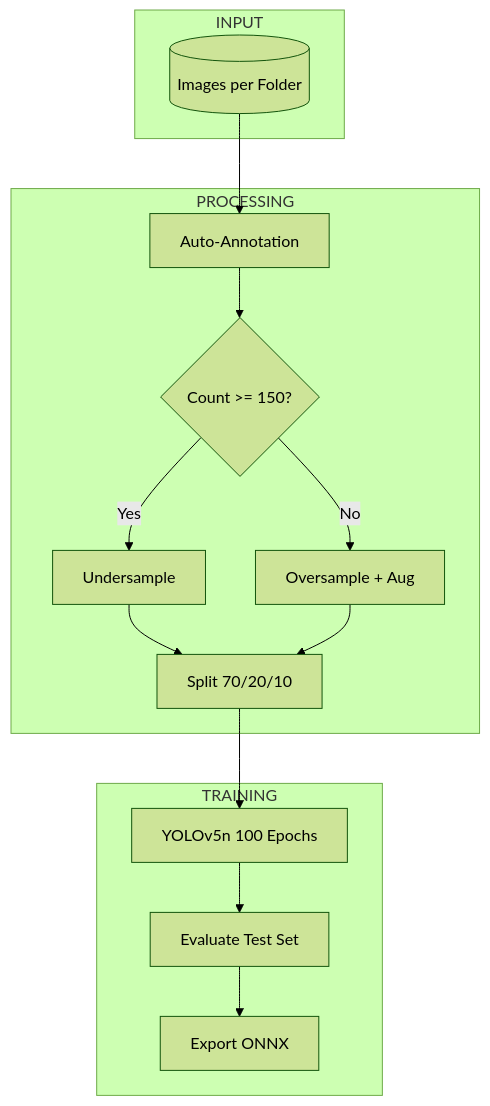
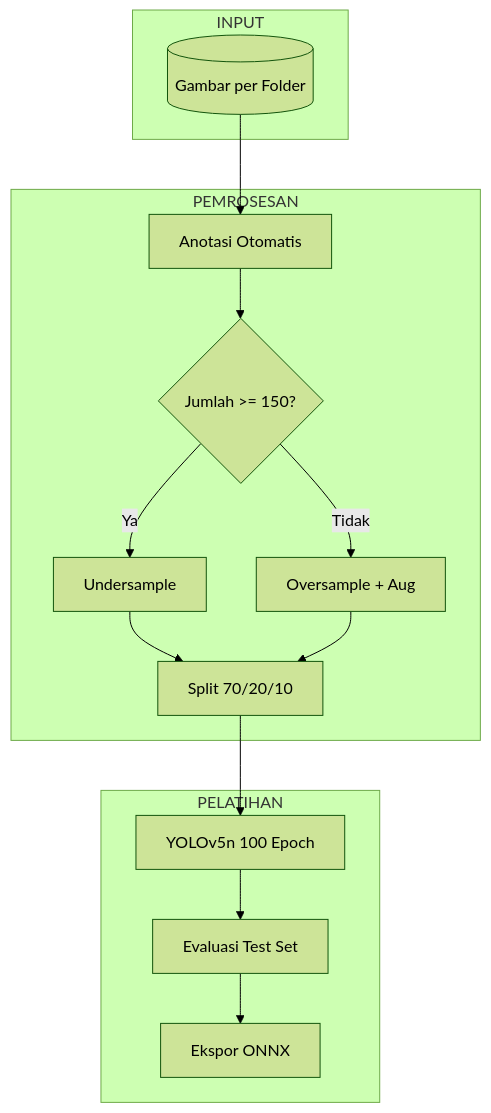
The second of 4 diagrams in README.md (eLsann/model-esp32), drawn with Mermaid (forest theme) before and after one commit. The commit also changed other lines of this file, not shown here.

````diff
--- a/README.md
+++ b/README.md
@@ -58,25 +58,25 @@
 ```mermaid
 flowchart TD
     subgraph INPUT["INPUT"]
-        A[("Images per Folder")]
+        A[("Gambar per Folder")]
     end
 
-    subgraph PROCESS["PROCESSING"]
-        B["Auto-Annotation"]
-        C{"Count >= 150?"}
+    subgraph PROCESS["PEMROSESAN"]
+        B["Anotasi Otomatis"]
+        C{"Jumlah >= 150?"}
         D["Undersample"]
         E["Oversample + Aug"]
         F["Split 70/20/10"]
     end
 
-    subgraph TRAINING["TRAINING"]
-        G["YOLOv5n 100 Epochs"]
-        H["Evaluate Test Set"]
-        I["Export ONNX"]
+    subgraph TRAINING["PELATIHAN"]
+        G["YOLOv5n 100 Epoch"]
+        H["Evaluasi Test Set"]
+        I["Ekspor ONNX"]
     end
 
     A --> B --> C
-    C -->|Yes| D --> F
-    C -->|No| E --> F
+    C -->|Ya| D --> F
+    C -->|Tidak| E --> F
     F --> G --> H --> I
 ```
````
